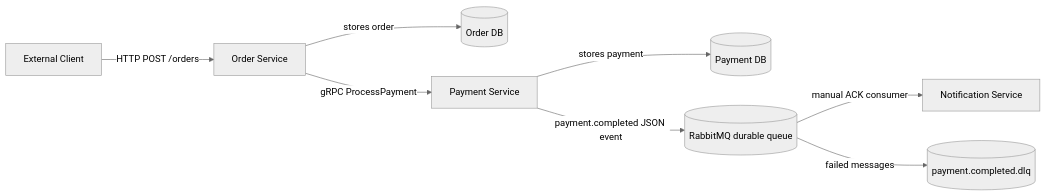
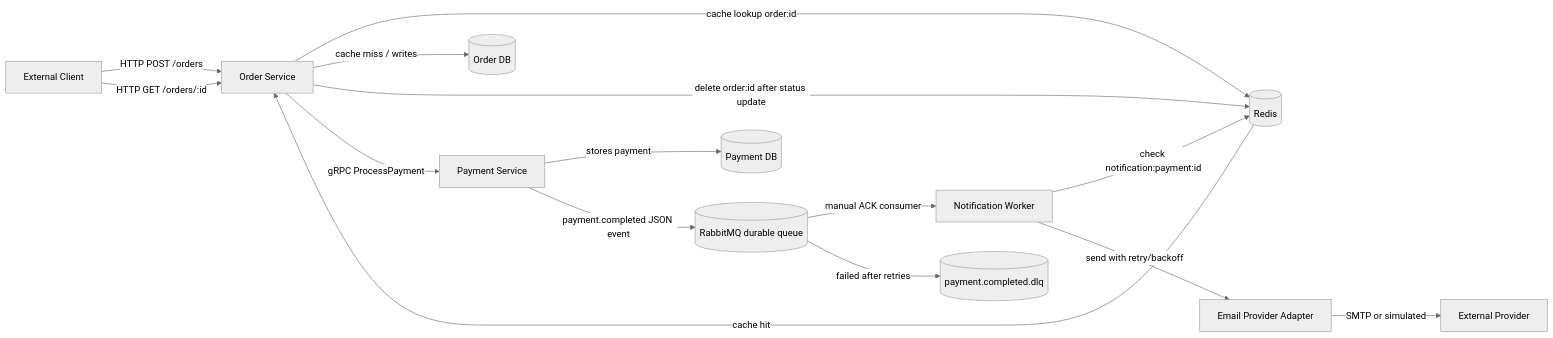
One commit to 1B0-d/services changed the diagram in README.md. Above: the diagram before and after it, drawn with Mermaid (neutral theme). The commit also changed other lines of this file and 23 other files, not shown here.

````diff
--- a/README.md
+++ b/README.md
@@ -15,10 +19,17 @@
 ```mermaid
 flowchart LR
     Client[External Client] -->|HTTP POST /orders| Order[Order Service]
-    Order -->|stores order| OrderDB[(Order DB)]
+    Client -->|HTTP GET /orders/:id| Order
+    Order -->|cache lookup order:id| Redis[(Redis)]
+    Redis -->|cache hit| Order
+    Order -->|cache miss / writes| OrderDB[(Order DB)]
+    Order -->|delete order:id after status update| Redis
     Order -->|gRPC ProcessPayment| Payment[Payment Service]
     Payment -->|stores payment| PaymentDB[(Payment DB)]
     Payment -->|payment.completed JSON event| RabbitMQ[(RabbitMQ durable queue)]
-    RabbitMQ -->|manual ACK consumer| Notification[Notification Service]
-    RabbitMQ -->|failed messages| DLQ[(payment.completed.dlq)]
+    RabbitMQ -->|manual ACK consumer| Worker[Notification Worker]
+    Worker -->|check notification:payment:id| Redis
+    Worker -->|send with retry/backoff| Provider[Email Provider Adapter]
+    Provider -->|SMTP or simulated| External[External Provider]
+    RabbitMQ -->|failed after retries| DLQ[(payment.completed.dlq)]
 ```
````
